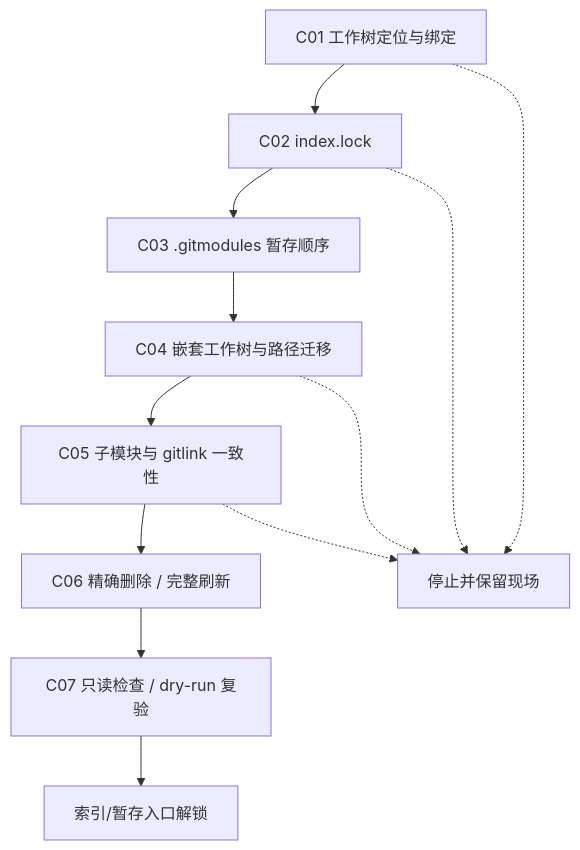
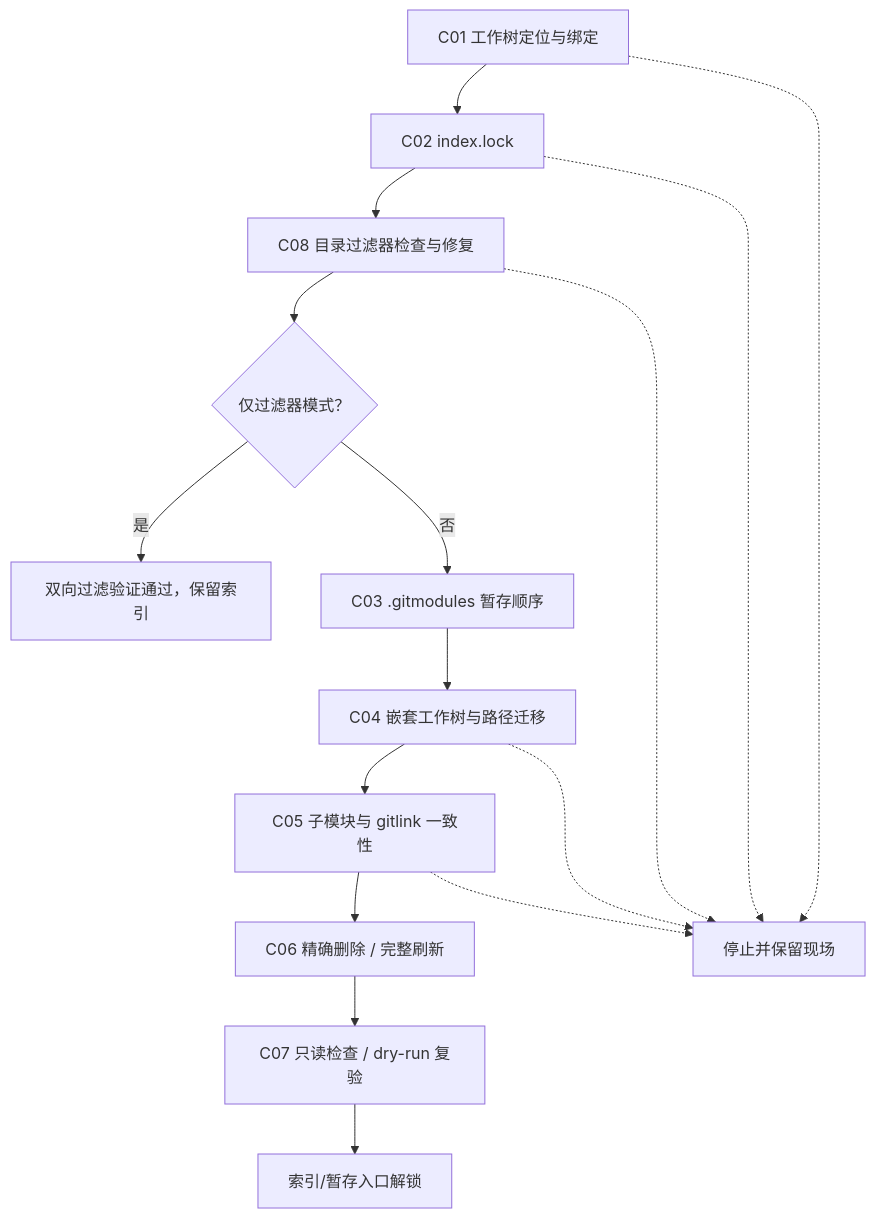
One commit to JobsKits/SourceTree.sh changed the diagram in MacOS/【MacOS@SourceTree】📥修复Git无法Commit.command/README.md. Above: the diagram before and after it, drawn with Mermaid. The commit also changed other lines of this file and 48 other files, not shown here.

````diff
--- a/MacOS/【MacOS@SourceTree】📥修复Git无法Commit.command/README.md
+++ b/MacOS/【MacOS@SourceTree】📥修复Git无法Commit.command/README.md
@@ -196,14 +209,18 @@
 ```mermaid
 flowchart TD
   A["C01 工作树定位与绑定"] --> B["C02 index.lock"]
-  B --> C["C03 .gitmodules 暂存顺序"]
+  B --> T["C08 目录过滤器检查与修复"]
+  T --> Q{"仅过滤器模式？"}
+  Q -->|是| R["双向过滤验证通过，保留索引"]
+  Q -->|否| C["C03 .gitmodules 暂存顺序"]
   C --> D["C04 嵌套工作树与路径迁移"]
   D --> E["C05 子模块与 gitlink 一致性"]
   E --> F["C06 精确删除 / 完整刷新"]
   F --> G["C07 只读检查 / dry-run 复验"]
   G --> H["索引/暂存入口解锁"]
   A -.-> X["停止并保留现场"]
   B -.-> X
+  T -.-> X
   D -.-> X
   E -.-> X
 ```
````
